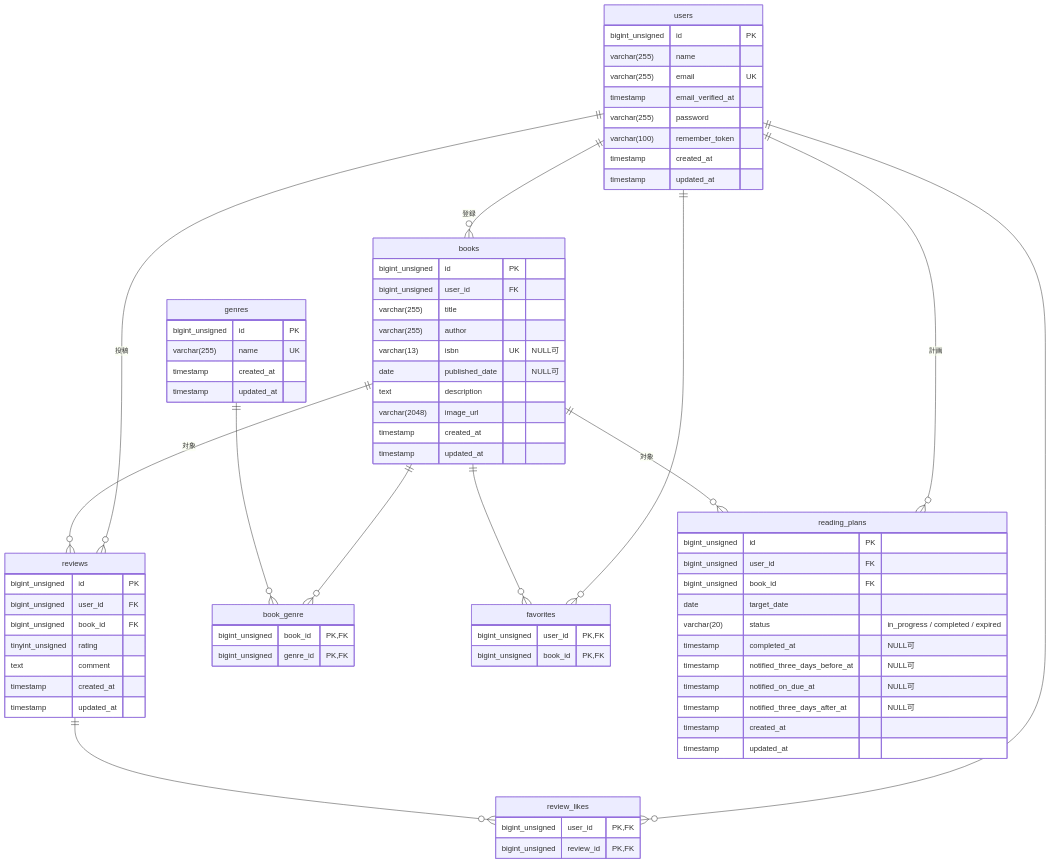
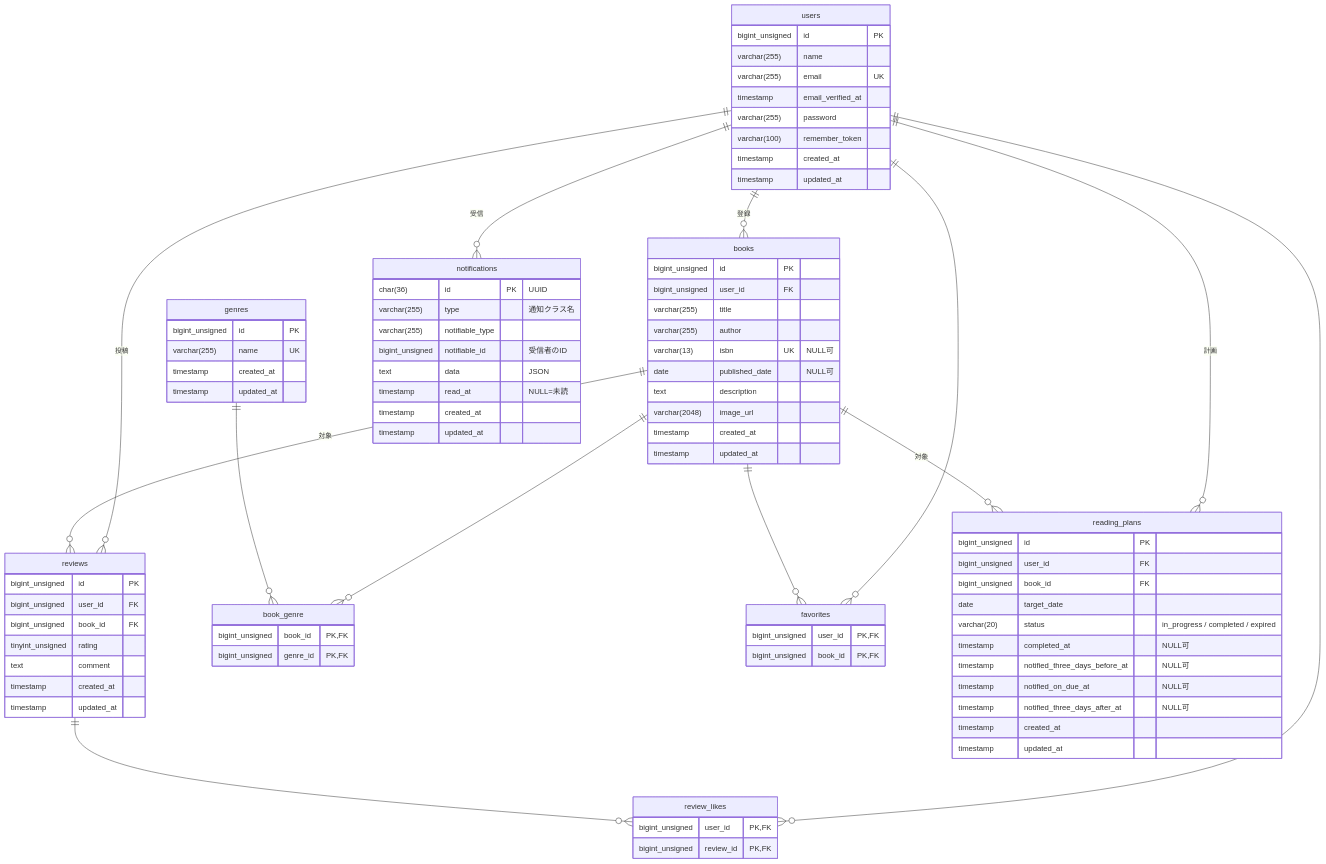
Before and after one commit to Saito-N01/bookshelf-app: the diagram in README.md, drawn with Mermaid. The commit also changed other lines of this file and 8 other files, not shown here.

````diff
--- a/README.md
+++ b/README.md
@@ -62,6 +64,7 @@
     reviews ||--o{ review_likes : ""
     users ||--o{ reading_plans : "計画"
     books ||--o{ reading_plans : "対象"
+    users ||--o{ notifications : "受信"
     users {
         bigint_unsigned id PK
         varchar(255) name
@@ -124,4 +127,14 @@
         timestamp created_at
         timestamp updated_at
     }
+    notifications {
+        char(36) id PK "UUID"
+        varchar(255) type "通知クラス名"
+        varchar(255) notifiable_type
+        bigint_unsigned notifiable_id "受信者のID"
+        text data "JSON"
+        timestamp read_at "NULL=未読"
+        timestamp created_at
+        timestamp updated_at
+    }
 ```
````
